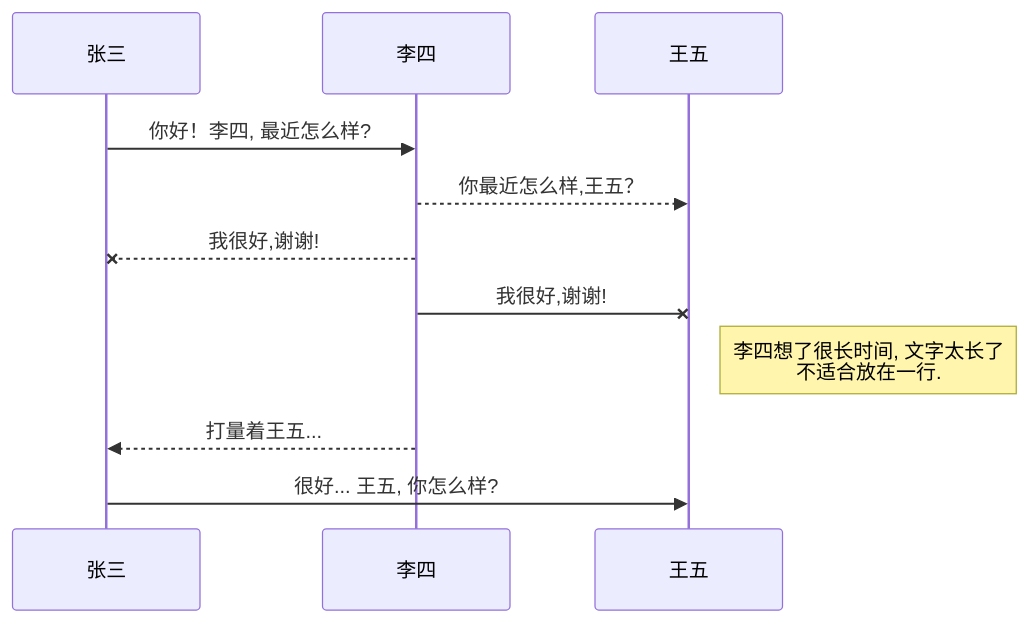
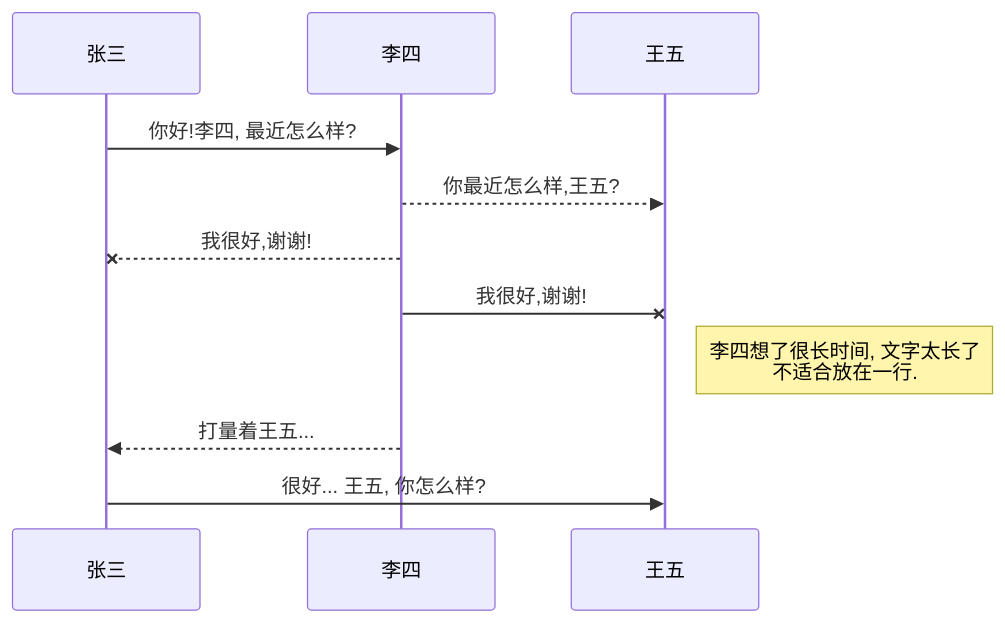
One commit to afterCommit/afterCommit.github.io changed the second of 4 diagrams in _posts/2019-05-13-Hello-world.md. Above: the diagram before and after it, drawn with Mermaid. The commit also changed other lines of this file and 53 other files, not shown here.

````diff
--- a/_posts/2019-05-13-Hello-world.md
+++ b/_posts/2019-05-13-Hello-world.md
@@ -251,11 +251,11 @@
 ```mermaid
 sequenceDiagram
-张三 ->> 李四: 你好！李四, 最近怎么样?
-李四-->>王五: 你最近怎么样,王五？
+张三 ->> 李四: 你好!李四, 最近怎么样?
+李四-->>王五: 你最近怎么样,王五?
 李四--x 张三: 我很好,谢谢!
 李四-x 王五: 我很好,谢谢!
 Note right of 王五: 李四想了很长时间, 文字太长了<br/>不适合放在一行.
 
 李四-->>张三: 打量着王五...
 张三->>王五: 很好... 王五, 你怎么样?
 ```
````
